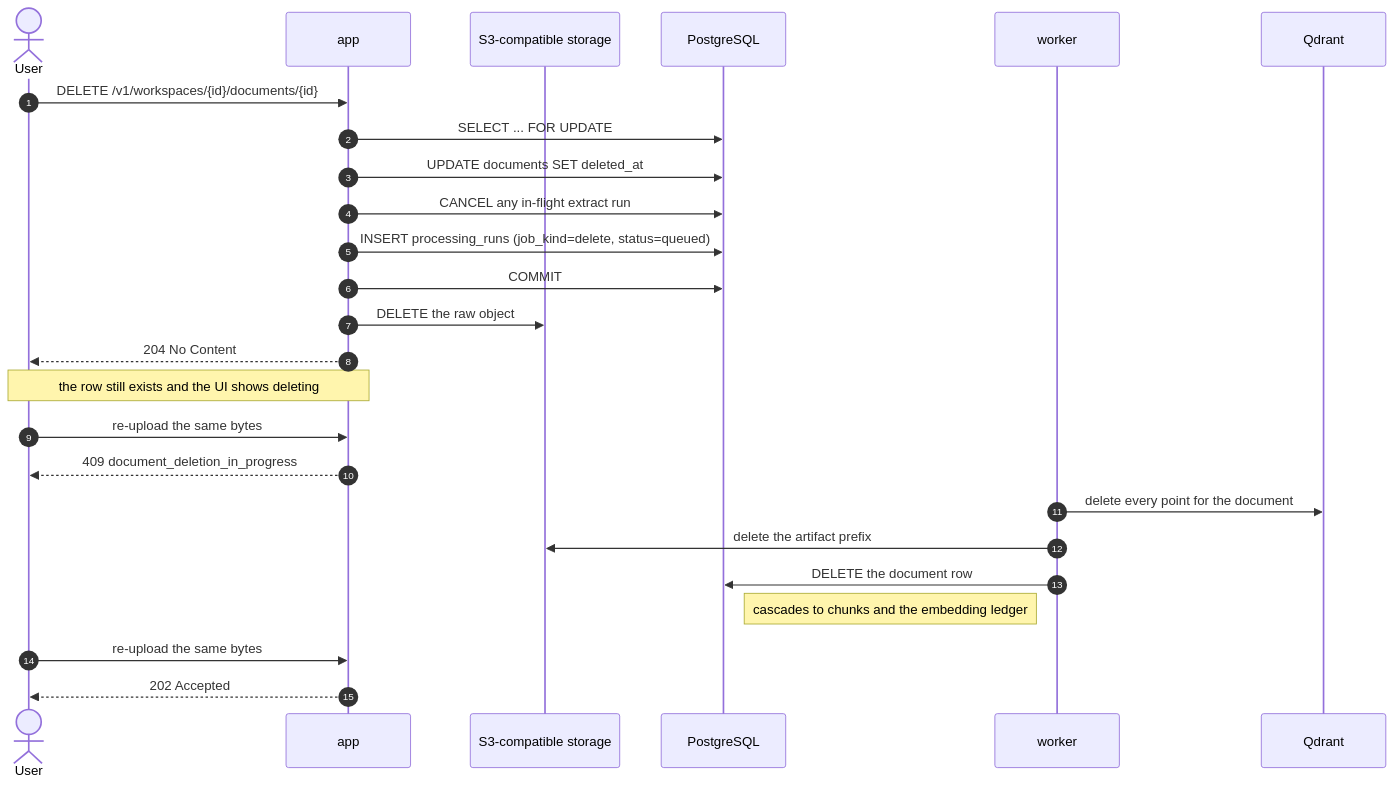
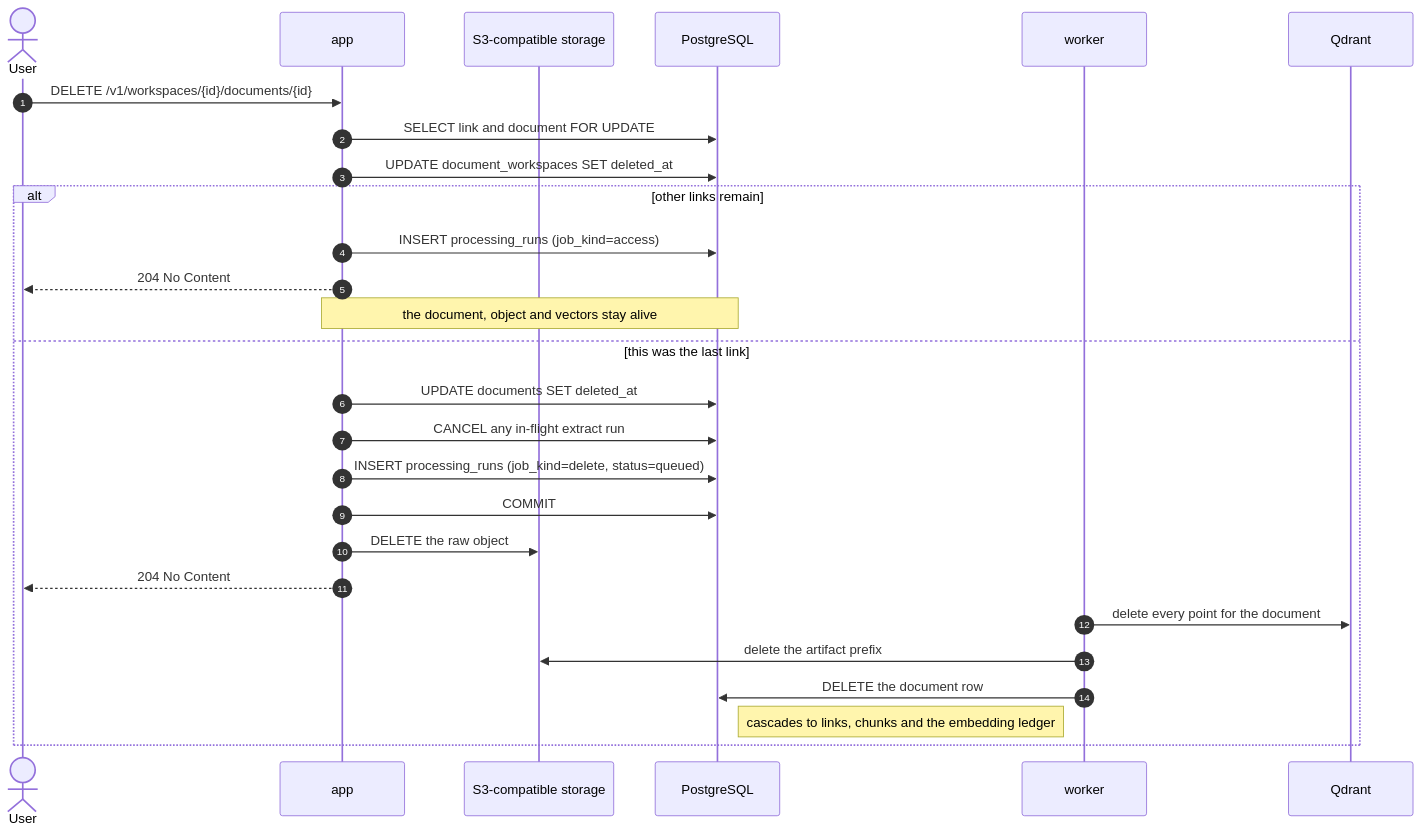
The seventh of 9 diagrams in README.md (unedtamps/retriv), drawn with Mermaid before and after one commit. The commit also changed other lines of this file and 27 other files, not shown here.

Commit message:
feat: add document on multiple workspaces

````diff
--- a/README.md
+++ b/README.md
@@ -652,32 +671,30 @@
 ```mermaid
 sequenceDiagram
     autonumber
     actor U as User
     participant A as app
     participant M as S3-compatible storage
     participant DB as PostgreSQL
     participant K as worker
     participant Q as Qdrant
 
     U->>A: DELETE /v1/workspaces/{id}/documents/{id}
-    A->>DB: SELECT ... FOR UPDATE
-    A->>DB: UPDATE documents SET deleted_at
-    A->>DB: CANCEL any in-flight extract run
-    A->>DB: INSERT processing_runs (job_kind=delete, status=queued)
-    A->>DB: COMMIT
-    A->>M: DELETE the raw object
-    A-->>U: 204 No Content
-
-    Note over U,A: the row still exists and the UI shows deleting
-
-    U->>A: re-upload the same bytes
-    A-->>U: 409 document_deletion_in_progress
-
-    K->>Q: delete every point for the document
-    K->>M: delete the artifact prefix
-    K->>DB: DELETE the document row
-    Note right of DB: cascades to chunks and the embedding ledger
-
-    U->>A: re-upload the same bytes
-    A-->>U: 202 Accepted
+    A->>DB: SELECT link and document FOR UPDATE
+    A->>DB: UPDATE document_workspaces SET deleted_at
+    alt other links remain
+        A->>DB: INSERT processing_runs (job_kind=access)
+        A-->>U: 204 No Content
+        Note over A,DB: the document, object and vectors stay alive
+    else this was the last link
+        A->>DB: UPDATE documents SET deleted_at
+        A->>DB: CANCEL any in-flight extract run
+        A->>DB: INSERT processing_runs (job_kind=delete, status=queued)
+        A->>DB: COMMIT
+        A->>M: DELETE the raw object
+        A-->>U: 204 No Content
+        K->>Q: delete every point for the document
+        K->>M: delete the artifact prefix
+        K->>DB: DELETE the document row
+        Note right of DB: cascades to links, chunks and the embedding ledger
+    end
 ```
````
